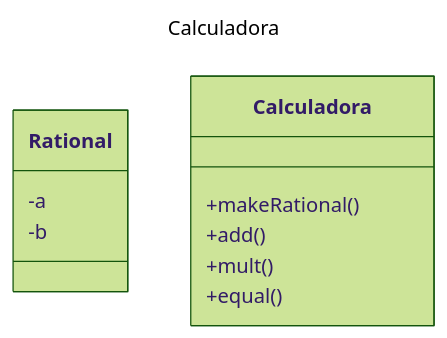
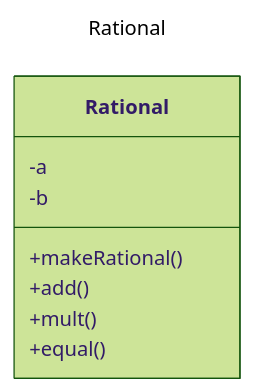
The diagram in README.md (AED1026-EDD-GD-EJ24/GHUB.java.EJ.TAD.base), drawn with Mermaid (forest theme) before and after one commit. The commit also changed other lines of this file, not shown here.

````diff
--- a/README.md
+++ b/README.md
@@ -25,13 +25,13 @@
 ```mermaid
 ---
-title: Calculadora
+title: Rational
 ---
 classDiagram
       class Rational
       Rational: -a
       Rational: -b
-      Calculadora: +makeRational()
-      Calculadora: +add()
-      Calculadora: +mult()
-      Calculadora: +equal()
+      Rational: +makeRational()
+      Rational: +add()
+      Rational: +mult()
+      Rational: +equal()
 ```
````
